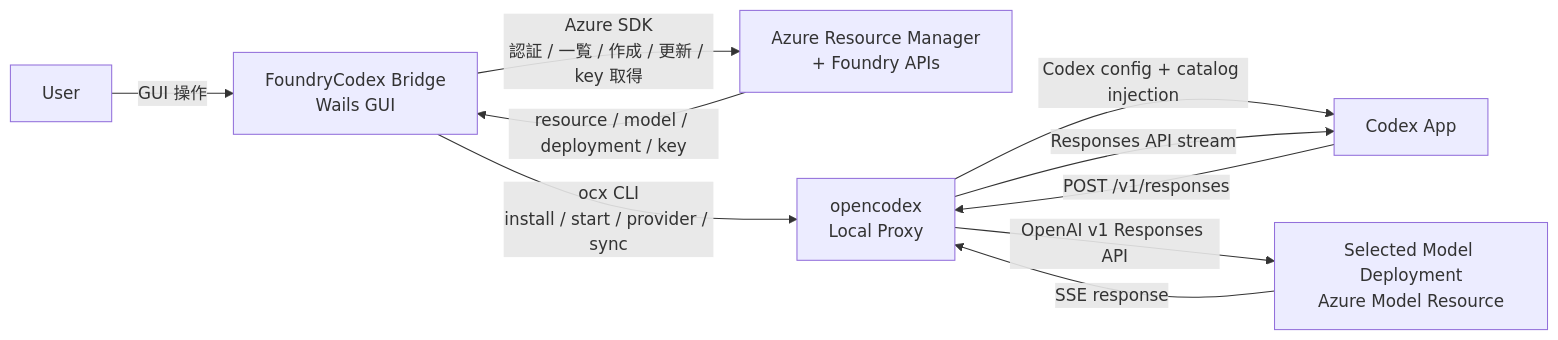
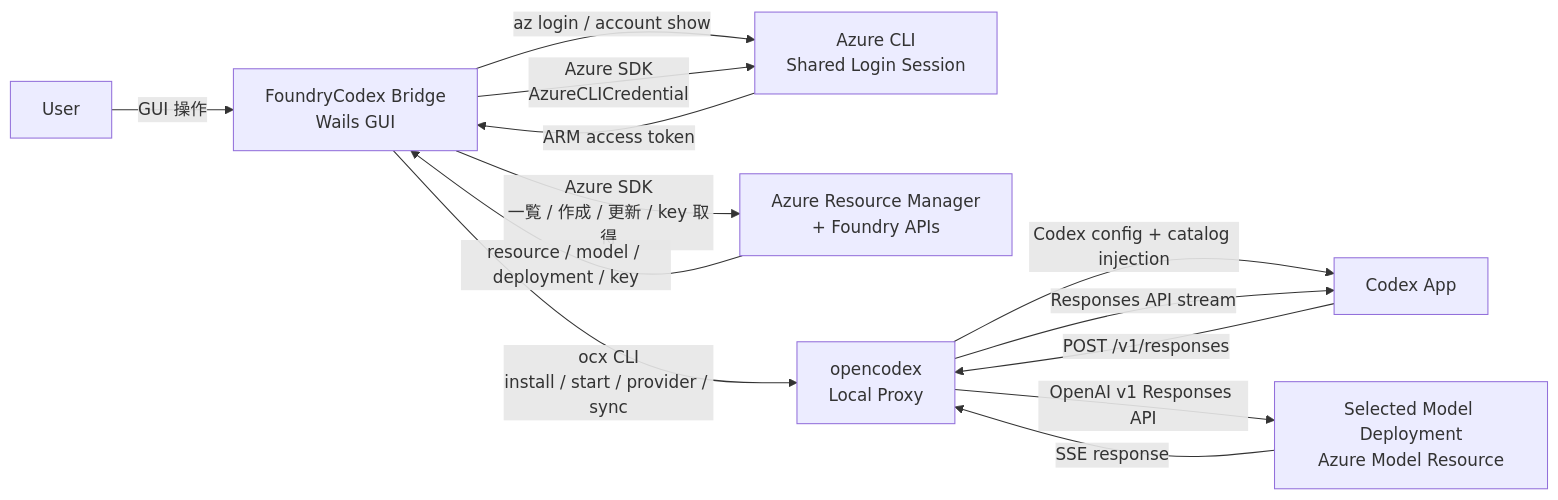
One commit to nuitsjp/foundry-codex-bridge changed the first of 2 diagrams in docs/architecture.md. Above: the diagram before and after it, drawn with Mermaid. The commit also changed other lines of this file and 47 other files, not shown here.

````diff
--- a/docs/architecture.md
+++ b/docs/architecture.md
@@ -28,22 +29,26 @@
 ```mermaid
 flowchart LR
     user["User"]
     bridge["FoundryCodex Bridge<br/>Wails GUI"]
+    azcli["Azure CLI<br/>Shared Login Session"]
     azure["Azure Resource Manager<br/>+ Foundry APIs"]
     ocx["opencodex<br/>Local Proxy"]
     codex["Codex App"]
     deployment["Selected Model Deployment<br/>Azure Model Resource"]
 
     user -->|"GUI 操作"| bridge
 
-    bridge -->|"Azure SDK<br/>認証 / 一覧 / 作成 / 更新 / key 取得"| azure
+    bridge -->|"az login / account show"| azcli
+    bridge -->|"Azure SDK<br/>AzureCLICredential"| azcli
+    azcli -->|"ARM access token"| bridge
+    bridge -->|"Azure SDK<br/>一覧 / 作成 / 更新 / key 取得"| azure
     azure -->|"resource / model / deployment / key"| bridge
 
     bridge -->|"ocx CLI<br/>install / start / provider / sync"| ocx
     ocx -->|"Codex config + catalog injection"| codex
 
     codex -->|"POST /v1/responses"| ocx
     ocx -->|"OpenAI v1 Responses API"| deployment
     deployment -->|"SSE response"| ocx
     ocx -->|"Responses API stream"| codex
 ```
````
